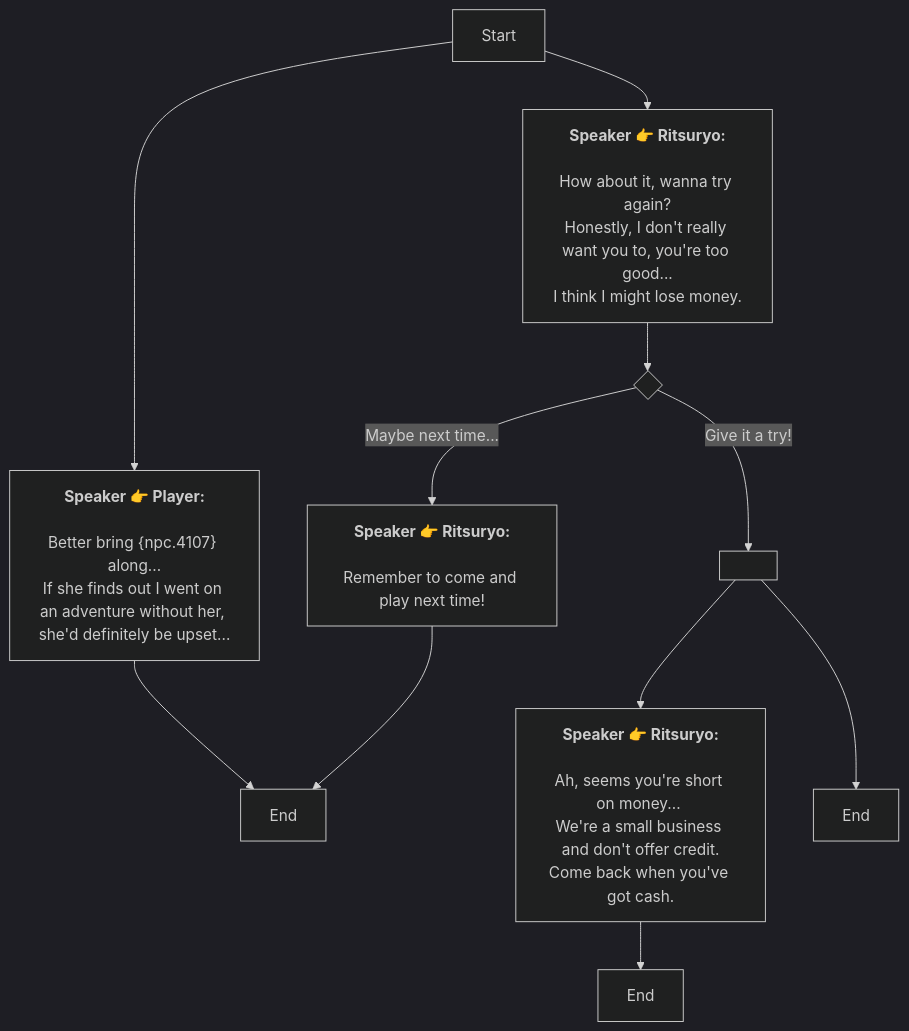
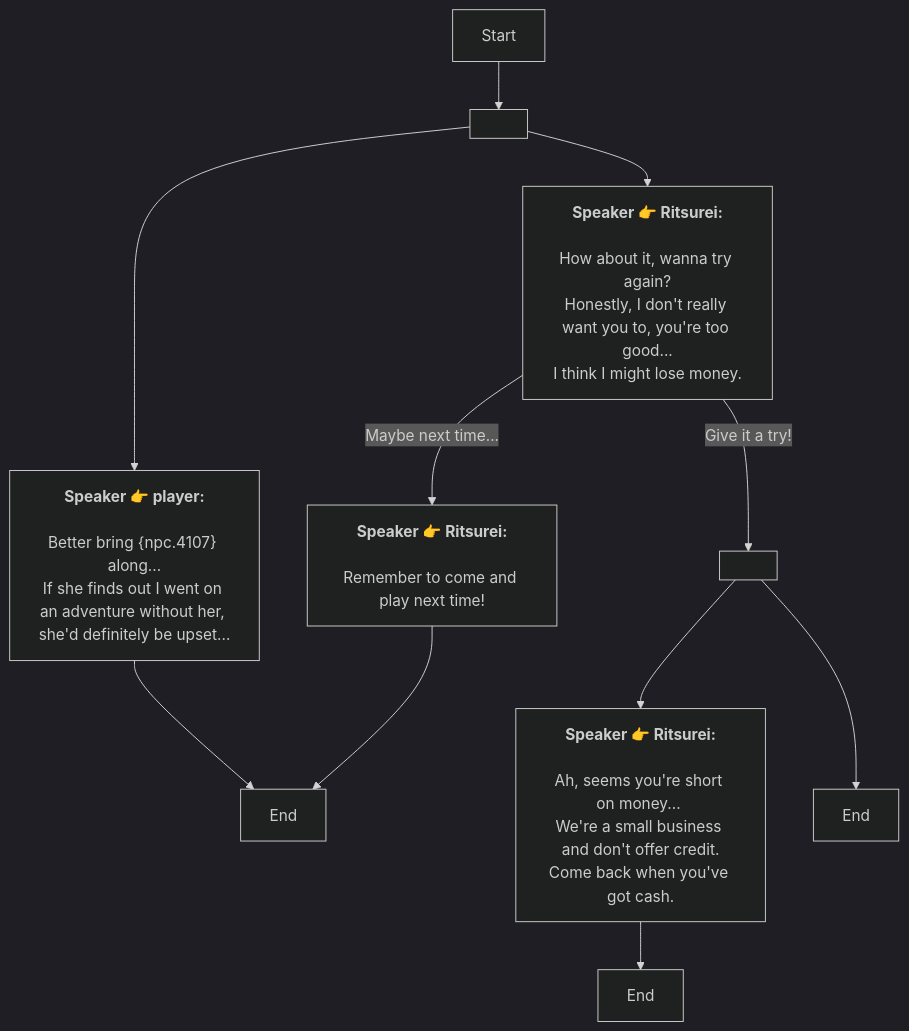
Before and after one commit to SoftHu/tos_avg: the diagram in En/QuestTalkObjectiveNode_1739410552888537.md, drawn with Mermaid (dark theme). The commit also changed 737 other files, not shown here.

````diff
--- a/En/QuestTalkObjectiveNode_1739410552888537.md
+++ b/En/QuestTalkObjectiveNode_1739410552888537.md
@@ -1,27 +1,21 @@
 ```mermaid
 graph
-Start -->1739504933044474[<b>Speaker 👉 Player:</b>
-
-Better bring &lbrace;npc.4107&rbrace; along...
+Start -->1739504933044473[ ]
+1739504933044473 -->1739504933044474[<b>Speaker 👉 player:</b>
+\nBetter bring &lbrace;npc.4107&rbrace; along...
 If she finds out I went on an adventure without her, she'd definitely be upset...]
-Start -->1739410623403237[<b>Speaker 👉 Ritsuryo:</b>
-
-How about it, wanna try again?
-Honestly, I don't really want you to, you're too good...
-I think I might lose money.]
+1739504933044473 -->1739410623403237[<b>Speaker 👉 Ritsurei:</b>
+\nHow about it, wanna try again?\nHonestly, I don't really want you to, you're too good...\nI think I might lose money.]
 1739504933044474 -->1739410623404265[End]
-1739410623403237 -->1739410623404264{ }
-1739410623404264 -->|Give it a try!|1739410623404266[ ]
-1739410623404264 -->|Maybe next time...|1739505152025853[<b>Speaker 👉 Ritsuryo:</b>
-
-Remember to come and play next time!]
-1739410623404266 -->1739410623405292[<b>Speaker 👉 Ritsuryo:</b>
-
-Ah, seems you're short on money... 
+1739410623403237 -->|Give it a try!|1739410623404266[ ]
+1739410623403237 -->|Maybe next time...|1739505152025853[<b>Speaker 👉 Ritsurei:</b>
+\nRemember to come and play next time!]
+1739410623404266 -->1739410623405292[<b>Speaker 👉 Ritsurei:</b>
+\nAh, seems you're short on money... 
 We're a small business and don't offer credit.
 Come back when you've got cash.]
 1739410623404266 -->1739410623404267[End]
 1739410623405292 -->1739410623405293[End]
 1739505152025853 -->1739410623404265[End]
 
- ```
+```
````
